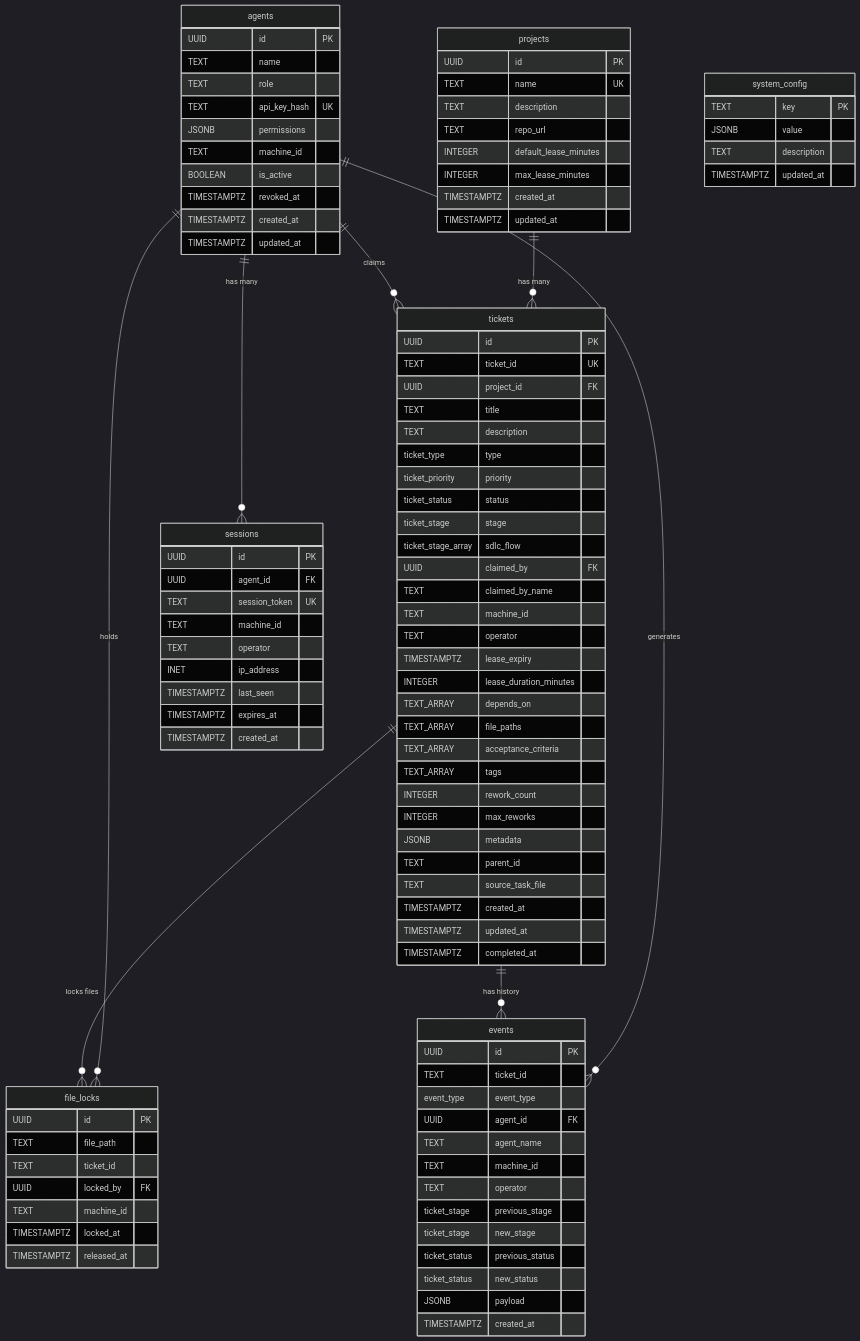
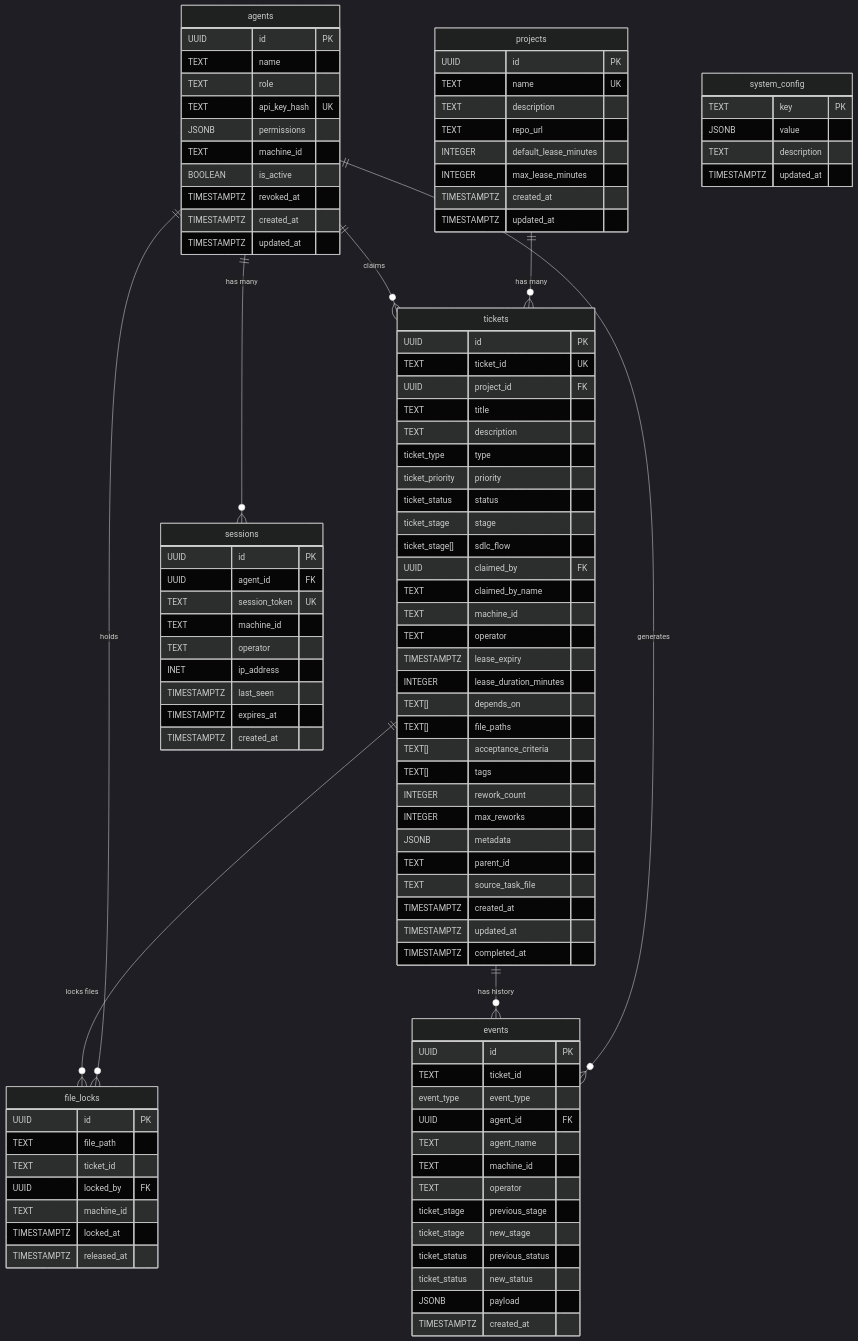
Before and after one commit to ReaperOAK/ForgeOS: the first of 2 diagrams in docs/architecture/database-schema.md, drawn with Mermaid (dark theme). The commit also changed other lines of this file and 48 other files, not shown here.

Commit message:
[SYNC] Batch commit: ticket state sync, partial work (03-001, 08-002), ARCH005 stage fix, agent outputs, research/arch doc updates

```diff
--- a/docs/architecture/database-schema.md
+++ b/docs/architecture/database-schema.md
@@ -798,17 +810,17 @@
         ticket_priority priority
         ticket_status status
         ticket_stage stage
-        ticket_stage_array sdlc_flow
+        ticket_stage[] sdlc_flow
         UUID claimed_by FK
         TEXT claimed_by_name
         TEXT machine_id
         TEXT operator
         TIMESTAMPTZ lease_expiry
         INTEGER lease_duration_minutes
-        TEXT_ARRAY depends_on
-        TEXT_ARRAY file_paths
-        TEXT_ARRAY acceptance_criteria
-        TEXT_ARRAY tags
+        TEXT[] depends_on
+        TEXT[] file_paths
+        TEXT[] acceptance_criteria
+        TEXT[] tags
         INTEGER rework_count
         INTEGER max_reworks
         JSONB metadata
```
